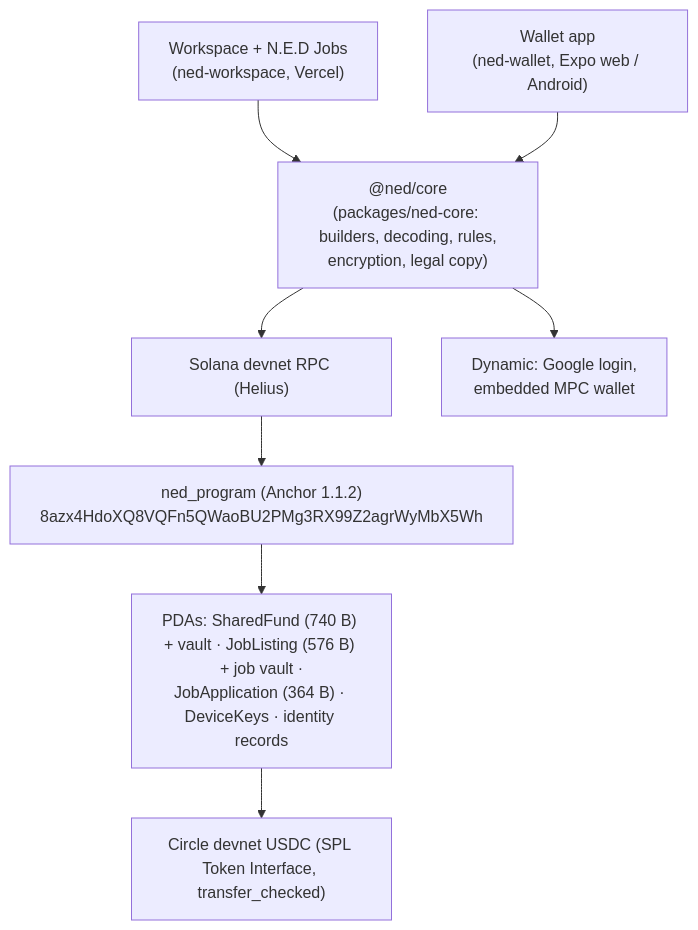
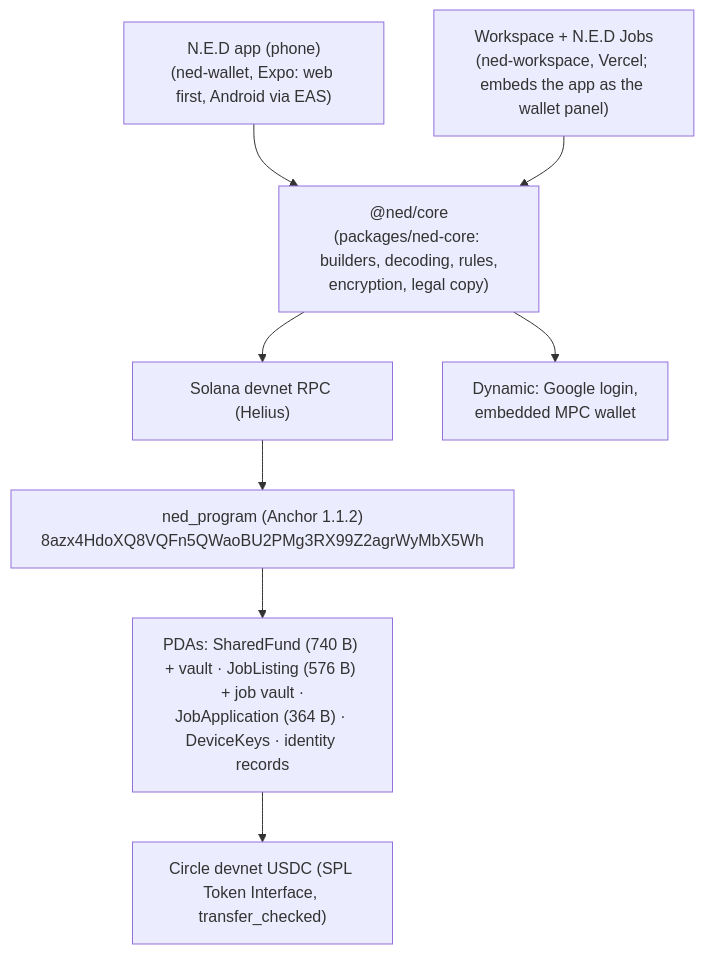
The second of 2 diagrams in README.md (Tdat10052499/Unihackfest-2026), drawn with Mermaid before and after one commit. The commit also changed other lines of this file and 1 other file, not shown here.

First line of the commit message:
docs(readme): the N.E.D app (phone) first; Workspace, Jobs and landing as support

````diff
--- a/README.md
+++ b/README.md
@@ -127,10 +164,10 @@
 ```mermaid
 flowchart TB
-    W["Workspace + N.E.D Jobs<br/>(ned-workspace, Vercel)"] --> C
-    P["Wallet app<br/>(ned-wallet, Expo web / Android)"] --> C
+    P["N.E.D app (phone)<br/>(ned-wallet, Expo: web first, Android via EAS)"] --> C
+    W["Workspace + N.E.D Jobs<br/>(ned-workspace, Vercel; embeds the app as the wallet panel)"] --> C
     C["@ned/core<br/>(packages/ned-core: builders, decoding, rules,<br/>encryption, legal copy)"] --> RPC["Solana devnet RPC (Helius)"]
     C --> D["Dynamic: Google login,<br/>embedded MPC wallet"]
     RPC --> PR["ned_program (Anchor 1.1.2)<br/>8azx4HdoXQ8VQFn5QWaoBU2PMg3RX99Z2agrWyMbX5Wh"]
     PR --> PDA["PDAs: SharedFund (740 B) + vault · JobListing (576 B) + job vault ·<br/>JobApplication (364 B) · DeviceKeys · identity records"]
     PDA --> USDC["Circle devnet USDC (SPL Token Interface, transfer_checked)"]
 ```
````
